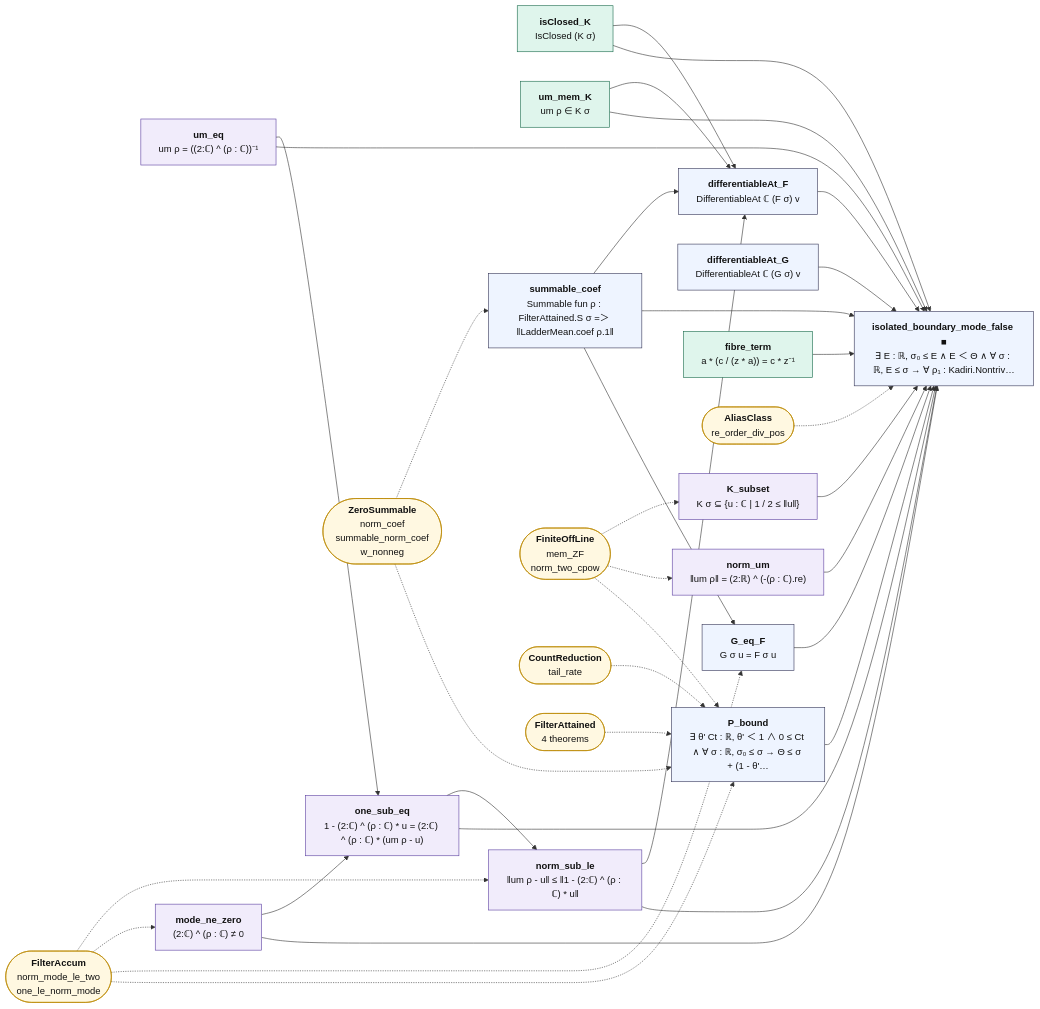
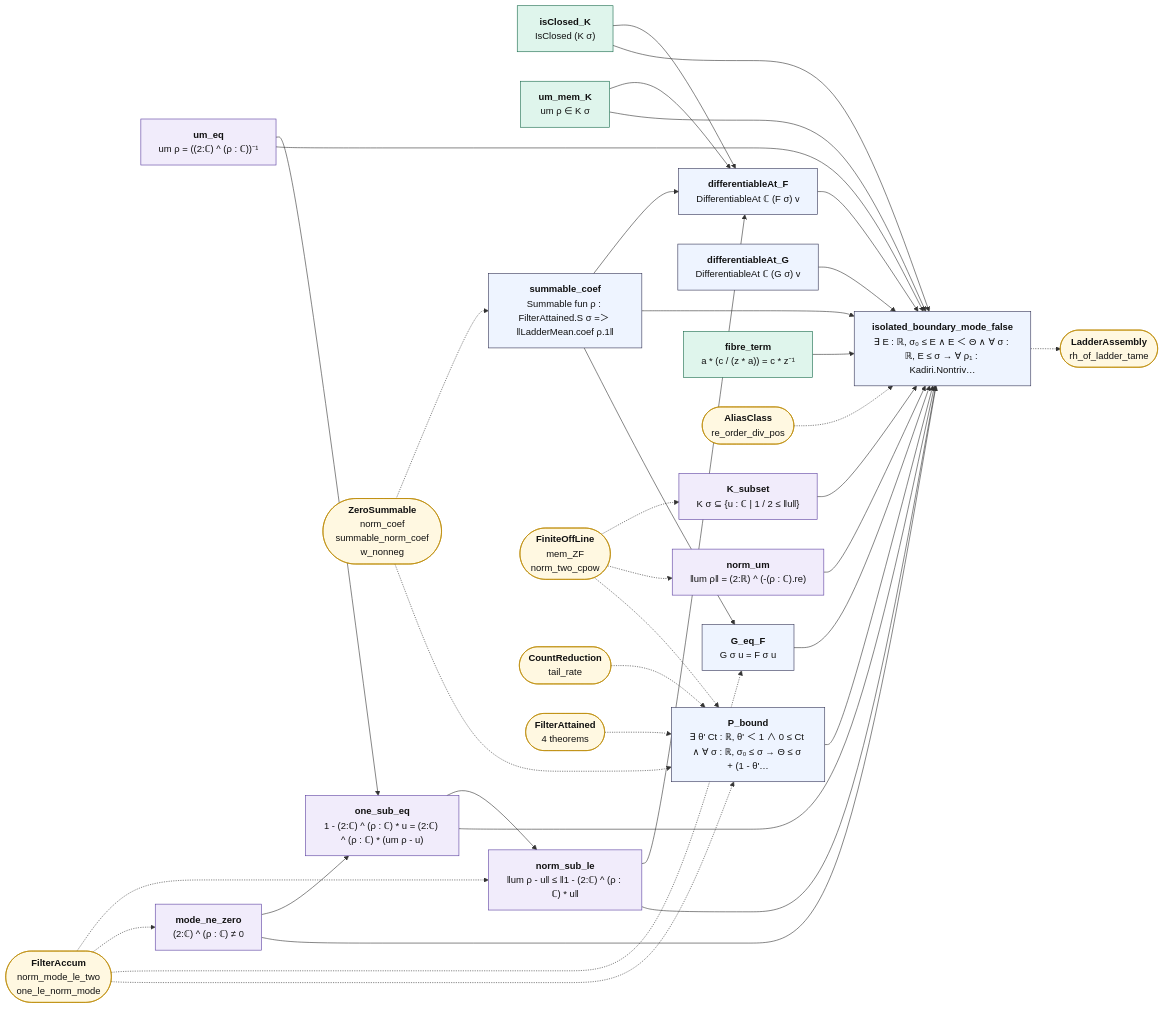
Before and after one commit to juliansambranojr/Primebeat_081426: the diagram in map/lean_stage3/ResidueRoute.mmd, drawn with Mermaid. The commit also changed 16 other files, not shown here.

```diff
--- a/map/lean_stage3/ResidueRoute.mmd
+++ b/map/lean_stage3/ResidueRoute.mmd
@@ -1,64 +1,66 @@
 flowchart LR
   n0["<b>isClosed_K</b><br/>IsClosed (K σ)"]:::cnt
   n1["<b>um_mem_K</b><br/>um ρ ∈ K σ"]:::cnt
   n2["<b>um_eq</b><br/>um ρ = ((2:ℂ) ^ (ρ : ℂ))⁻¹"]:::shp
   n3["<b>norm_um</b><br/>‖um ρ‖ = (2:ℝ) ^ (-(ρ : ℂ).re)"]:::shp
   n4["<b>mode_ne_zero</b><br/>(2:ℂ) ^ (ρ : ℂ) ≠ 0"]:::shp
   n5["<b>one_sub_eq</b><br/>1 - (2:ℂ) ^ (ρ : ℂ) * u = (2:ℂ) ^ (ρ : ℂ) * (um ρ - u)"]:::shp
   n6["<b>norm_sub_le</b><br/>‖um ρ - u‖ ≤ ‖1 - (2:ℂ) ^ (ρ : ℂ) * u‖"]:::shp
   n7["<b>K_subset</b><br/>K σ ⊆ {u : ℂ | 1 / 2 ≤ ‖u‖}"]:::shp
   n8["<b>summable_coef</b><br/>Summable fun ρ : FilterAttained.S σ =＞ ‖LadderMean.coef ρ.1‖"]:::thm
   n9["<b>differentiableAt_F</b><br/>DifferentiableAt ℂ (F σ) v"]:::thm
   n10["<b>P_bound</b><br/>∃ θ' Ct : ℝ, θ' ＜ 1 ∧ 0 ≤ Ct ∧ ∀ σ : ℝ, σ₀ ≤ σ → Θ ≤ σ + (1 - θ'…"]:::thm
   n11["<b>differentiableAt_G</b><br/>DifferentiableAt ℂ (G σ) v"]:::thm
   n12["<b>G_eq_F</b><br/>G σ u = F σ u"]:::thm
   n13["<b>fibre_term</b><br/>a * (c / (z * a)) = c * z⁻¹"]:::cnt
-  n14["<b>isolated_boundary_mode_false ■</b><br/>∃ E : ℝ, σ₀ ≤ E ∧ E ＜ Θ ∧ ∀ σ : ℝ, E ≤ σ → ∀ ρ₁ : Kadiri.Nontriv…"]:::thm
+  n14["<b>isolated_boundary_mode_false</b><br/>∃ E : ℝ, σ₀ ≤ E ∧ E ＜ Θ ∧ ∀ σ : ℝ, E ≤ σ → ∀ ρ₁ : Kadiri.Nontriv…"]:::thm
   x0(["<b>FiniteOffLine</b><br/>mem_ZF<br/>norm_two_cpow"]):::ext
   x1(["<b>FilterAccum</b><br/>norm_mode_le_two<br/>one_le_norm_mode"]):::ext
   x2(["<b>ZeroSummable</b><br/>norm_coef<br/>summable_norm_coef<br/>w_nonneg"]):::ext
   x3(["<b>CountReduction</b><br/>tail_rate"]):::ext
   x4(["<b>FilterAttained</b><br/>4 theorems"]):::ext
   x5(["<b>AliasClass</b><br/>re_order_div_pos"]):::ext
+  x6(["<b>LadderAssembly</b><br/>rh_of_ladder_tame"]):::ext
   n0 --> n14
   n0 --> n9
   n1 --> n14
   n1 --> n9
   n10 --> n14
   n11 --> n14
   n12 --> n14
   n13 --> n14
   n2 --> n14
   n2 --> n5
   n3 --> n14
   n4 --> n14
   n4 --> n5
   n5 --> n14
   n5 --> n6
   n6 --> n14
   n6 --> n9
   n7 --> n14
   n8 --> n12
   n8 --> n14
   n8 --> n9
   n9 --> n14
+  n14 -.-> x6
   x0 -.-> n10
   x0 -.-> n3
   x0 -.-> n7
   x1 -.-> n10
   x1 -.-> n12
   x1 -.-> n4
   x1 -.-> n6
   x2 -.-> n10
   x2 -.-> n8
   x3 -.-> n10
   x4 -.-> n10
   x5 -.-> n14
   classDef cnt fill:#dff5ec,stroke:#17694a,color:#111
   classDef shp fill:#f1ecfb,stroke:#5b3fa0,color:#111
   classDef rh fill:#ffe5e5,stroke:#c22,color:#111,stroke-width:2px
   classDef thm fill:#eef4ff,stroke:#335,color:#111
   classDef end_ fill:#e7f7e7,stroke:#2a7,color:#111,stroke-width:2px
   classDef lone fill:#fff,stroke:#999,color:#111,stroke-dasharray:4 3
   classDef bad fill:#ffe5e5,stroke:#c22,color:#111,stroke-width:2px
   classDef ext fill:#fff8e1,stroke:#b80,color:#111
```
